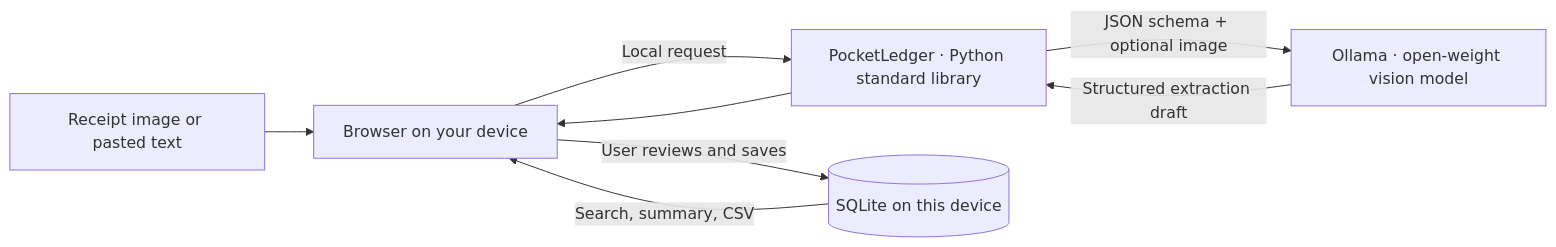
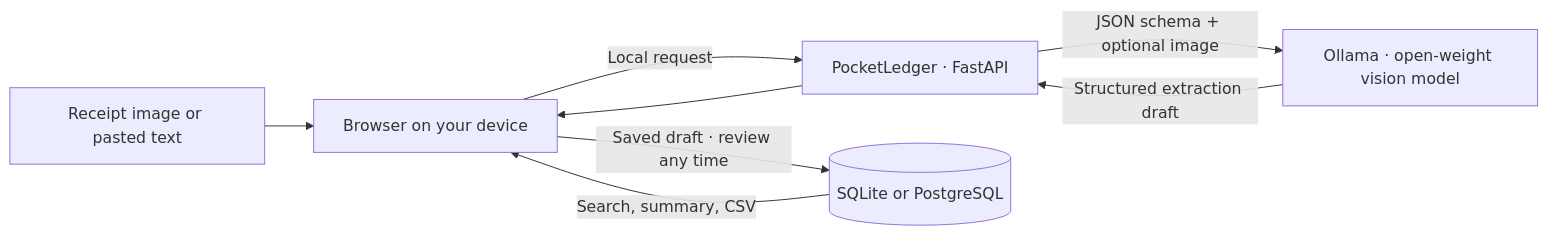
One commit to SaikatDash/sideHustlers changed the diagram in README.md. Above: the diagram before and after it, drawn with Mermaid. The commit also changed other lines of this file and 9 other files, not shown here.

````diff
--- a/README.md
+++ b/README.md
@@ -59,10 +86,10 @@
 ```mermaid
 flowchart LR
     A[Receipt image or pasted text] --> B[Browser on your device]
-    B -->|Local request| C[PocketLedger · Python standard library]
+    B -->|Local request| C[PocketLedger · FastAPI]
     C -->|JSON schema + optional image| D[Ollama · open-weight vision model]
     D -->|Structured extraction draft| C
     C --> B
-    B -->|User reviews and saves| E[(SQLite on this device)]
+    B -->|Saved draft · review any time| E[(SQLite or PostgreSQL)]
     E -->|Search, summary, CSV| B
 ```
````
